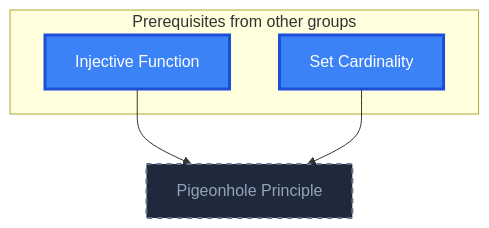
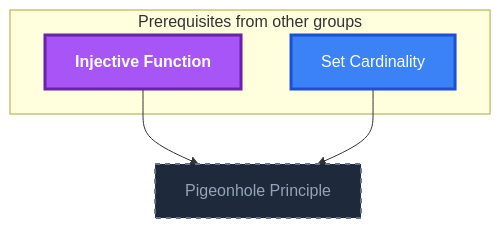
Before and after one commit to MRauf1/My-Notes: the first of 10 diagrams in Gamification/Skill Trees/Theoretical Computer Science.md, drawn with Mermaid. The commit also changed other lines of this file and 57 other files, not shown here.

````diff
--- a/Gamification/Skill Trees/Theoretical Computer Science.md
+++ b/Gamification/Skill Trees/Theoretical Computer Science.md
@@ -17,22 +17,23 @@
 ```mermaid
 flowchart TD
     classDef planned fill:#1E293B,stroke:#64748B,stroke-width:2px,stroke-dasharray:5 5,color:#94A3B8;
     classDef locked fill:#334155,stroke:#475569,stroke-width:2px,color:#94A3B8;
     classDef L0 fill:#F1F5F9,stroke:#94A3B8,stroke-width:2px,color:#000000;
     classDef L1 fill:#22C55E,stroke:#15803D,stroke-width:2px,color:#000000;
     classDef L2 fill:#3B82F6,stroke:#1D4ED8,stroke-width:3px,color:#FFFFFF;
     classDef L3 fill:#A855F7,stroke:#6B21A8,stroke-width:3px,color:#FFFFFF,font-weight:bold;
     classDef L4 fill:#F97316,stroke:#C2410C,stroke-width:4px,color:#000000,font-weight:bold;
     classDef L5 fill:#FFD700,stroke:#FF8C00,stroke-width:5px,color:#000000,font-weight:bold;
     classDef rusty stroke:#8B4513,stroke-width:4px,stroke-dasharray:3 3;
     subgraph sg_prereqs["Prerequisites from other groups"]
         n_injective_function["Injective Function"]
         n_set_cardinality["Set Cardinality"]
     end
     n_pigeonhole_principle["Pigeonhole Principle"]
     n_injective_function --> n_pigeonhole_principle
     n_set_cardinality --> n_pigeonhole_principle
     class n_pigeonhole_principle planned;
-    class n_injective_function,n_set_cardinality L2;
+    class n_set_cardinality L2;
+    class n_injective_function L3;
     class n_injective_function,n_set_cardinality internal-link;
 ```
````
